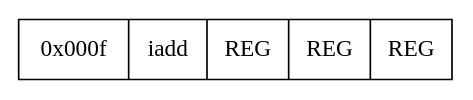
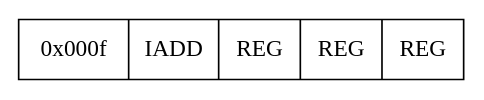
One commit to adesutherland/CREXX changed the diagram in docs/books/crexx_vm_spec/0x000f.gv. Above: the diagram before and after it, drawn with Graphviz. The commit also changed 528 other files, not shown here.

```diff
--- a/docs/books/crexx_vm_spec/0x000f.gv
+++ b/docs/books/crexx_vm_spec/0x000f.gv
@@ -1,4 +1,4 @@
 digraph regs {
 node[shape=record]
-struct1 [label="0x000f|iadd       |   REG|REG|REG         "];
+struct1 [label="0x000f|IADD       |   REG|REG|REG         "];
 }
```
